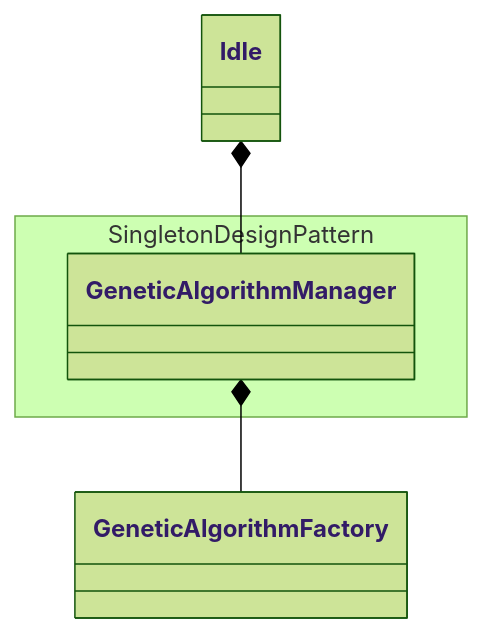
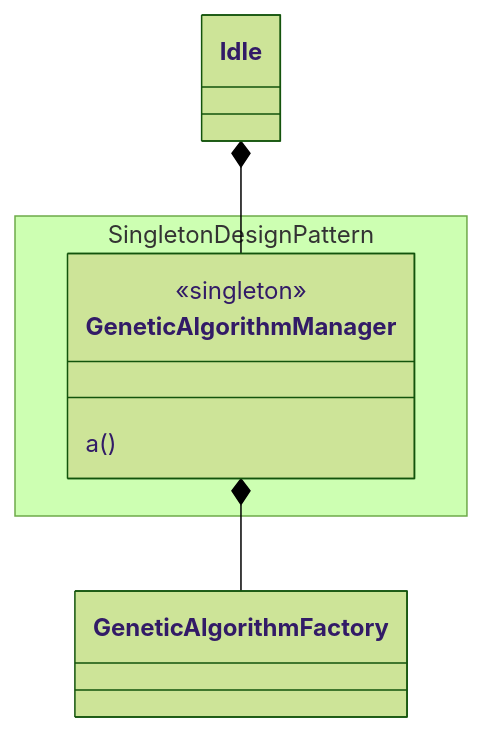
Before and after one commit to atagunay/knapsack: the diagram in readme.md, drawn with Mermaid (forest theme).

Commit message:
[improvement] Update readme

````diff
--- a/readme.md
+++ b/readme.md
@@ -106,9 +106,12 @@
 ```mermaid
 classDiagram
   Idle *-- GeneticAlgorithmManager
   GeneticAlgorithmManager *-- GeneticAlgorithmFactory
   
     namespace Singleton Design Pattern {
-        class GeneticAlgorithmManager
+        class GeneticAlgorithmManager {
+            <<singleton>>
+            a()
+        }
     }
 ```
````
